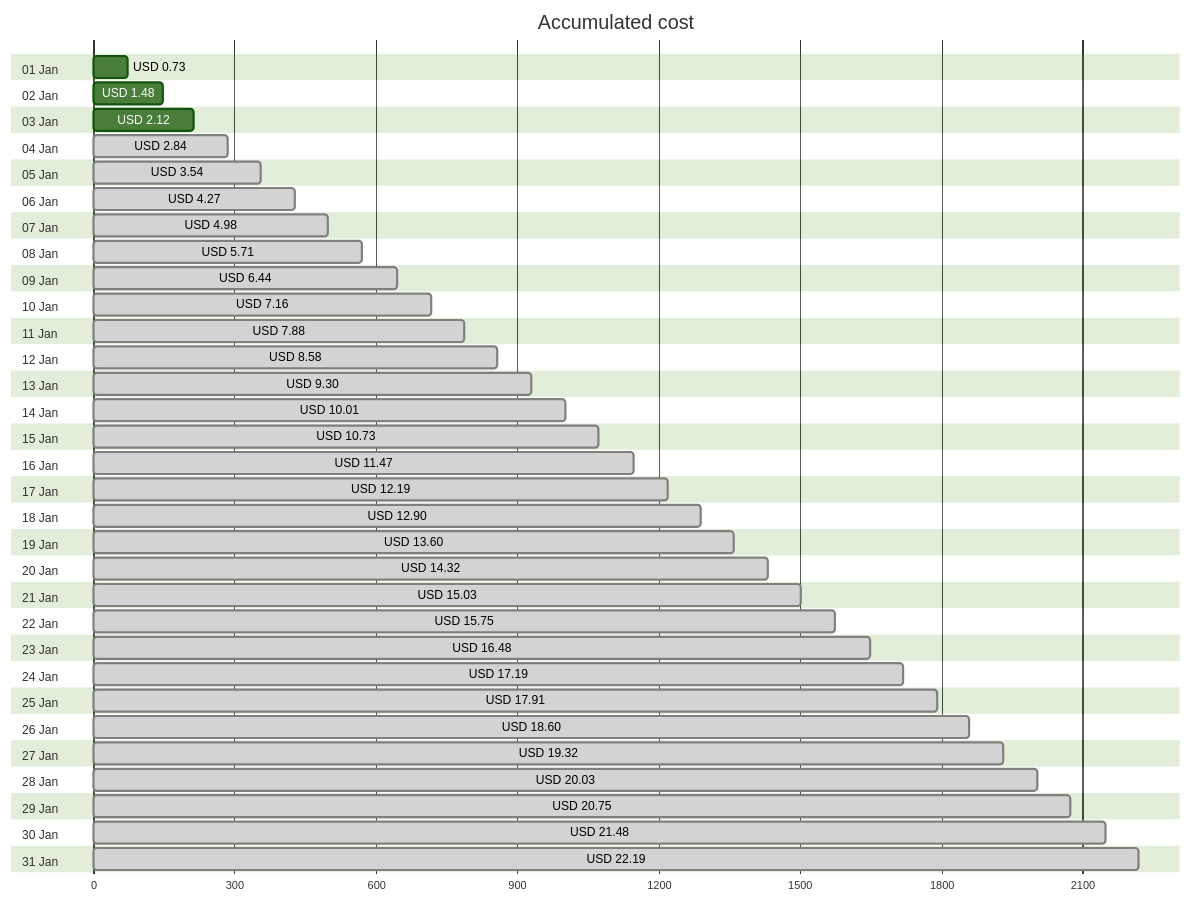
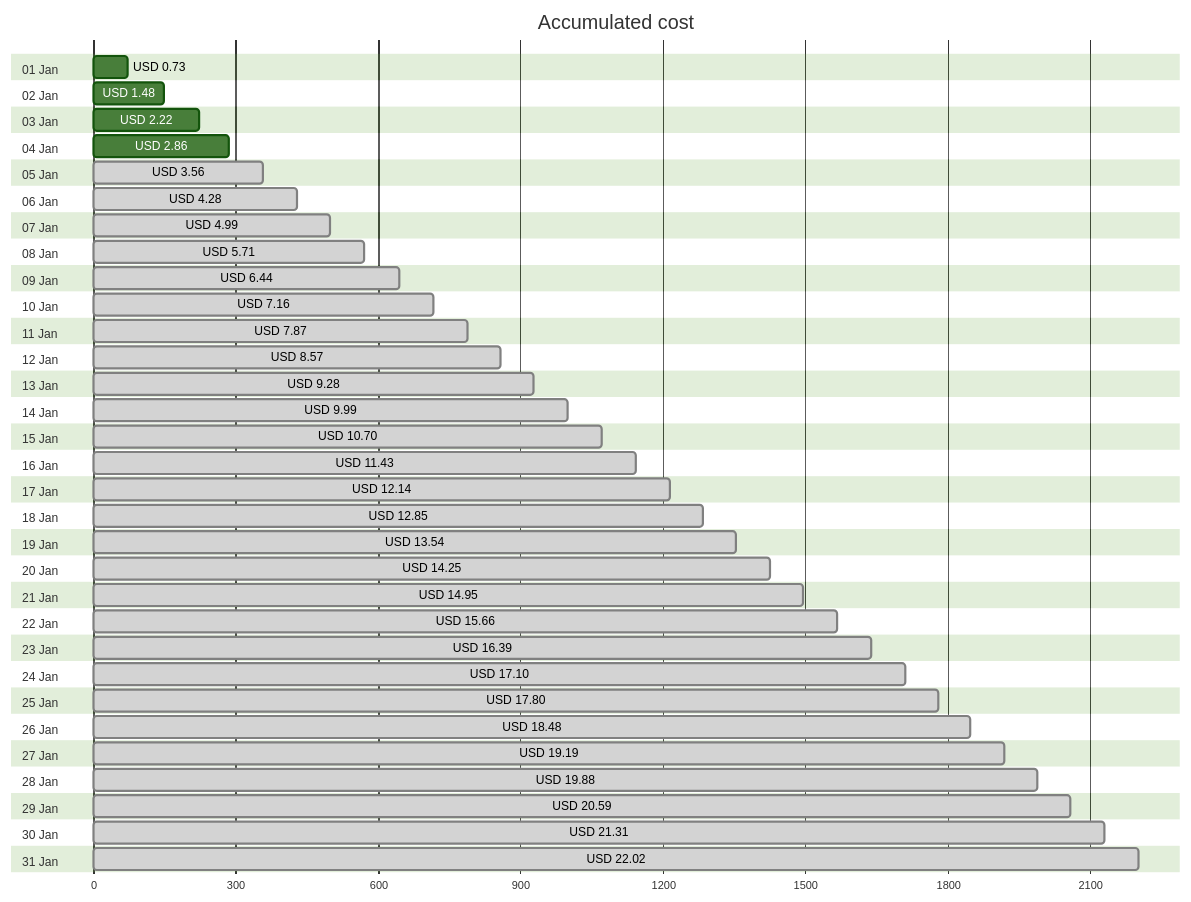
One commit to jpfulton/azure-personal-reports changed the first of 4 diagrams in cost-reports/personal-network/backup-server-data-disk.md. Above: the diagram before and after it, drawn with Mermaid (forest theme). The commit also changed other lines of this file and 8 other files, not shown here.

````diff
--- a/cost-reports/personal-network/backup-server-data-disk.md
+++ b/cost-reports/personal-network/backup-server-data-disk.md
@@ -20,68 +20,68 @@
 ```mermaid
 gantt
    title Accumulated cost
    dateFormat  X
    axisFormat %s
    section 01 Jan
    USD 0.73 :0, 73
    section 02 Jan
    USD 1.48 :0, 148
    section 03 Jan
-   USD 2.12 :0, 212
+   USD 2.22 :0, 222
    section 04 Jan
-   USD 2.84 : done, 0, 284
+   USD 2.86 :0, 286
    section 05 Jan
-   USD 3.54 : done, 0, 354
+   USD 3.56 : done, 0, 356
    section 06 Jan
-   USD 4.27 : done, 0, 427
+   USD 4.28 : done, 0, 428
    section 07 Jan
-   USD 4.98 : done, 0, 498
+   USD 4.99 : done, 0, 499
    section 08 Jan
    USD 5.71 : done, 0, 571
    section 09 Jan
    USD 6.44 : done, 0, 644
    section 10 Jan
    USD 7.16 : done, 0, 716
    section 11 Jan
-   USD 7.88 : done, 0, 788
+   USD 7.87 : done, 0, 787
    section 12 Jan
-   USD 8.58 : done, 0, 858
+   USD 8.57 : done, 0, 857
    section 13 Jan
-   USD 9.30 : done, 0, 930
+   USD 9.28 : done, 0, 928
    section 14 Jan
-   USD 10.01 : done, 0, 1001
+   USD 9.99 : done, 0, 999
    section 15 Jan
-   USD 10.73 : done, 0, 1073
+   USD 10.70 : done, 0, 1070
    section 16 Jan
-   USD 11.47 : done, 0, 1147
+   USD 11.43 : done, 0, 1143
    section 17 Jan
-   USD 12.19 : done, 0, 1219
+   USD 12.14 : done, 0, 1214
    section 18 Jan
-   USD 12.90 : done, 0, 1290
+   USD 12.85 : done, 0, 1285
    section 19 Jan
-   USD 13.60 : done, 0, 1360
+   USD 13.54 : done, 0, 1354
    section 20 Jan
-   USD 14.32 : done, 0, 1432
+   USD 14.25 : done, 0, 1425
    section 21 Jan
-   USD 15.03 : done, 0, 1503
+   USD 14.95 : done, 0, 1495
    section 22 Jan
-   USD 15.75 : done, 0, 1575
+   USD 15.66 : done, 0, 1566
    section 23 Jan
-   USD 16.48 : done, 0, 1648
+   USD 16.39 : done, 0, 1639
    section 24 Jan
-   USD 17.19 : done, 0, 1719
+   USD 17.10 : done, 0, 1710
    section 25 Jan
-   USD 17.91 : done, 0, 1791
+   USD 17.80 : done, 0, 1780
    section 26 Jan
-   USD 18.60 : done, 0, 1860
+   USD 18.48 : done, 0, 1848
    section 27 Jan
-   USD 19.32 : done, 0, 1932
+   USD 19.19 : done, 0, 1919
    section 28 Jan
-   USD 20.03 : done, 0, 2003
+   USD 19.88 : done, 0, 1988
    section 29 Jan
-   USD 20.75 : done, 0, 2075
+   USD 20.59 : done, 0, 2059
    section 30 Jan
-   USD 21.48 : done, 0, 2148
+   USD 21.31 : done, 0, 2131
    section 31 Jan
-   USD 22.19 : done, 0, 2219
+   USD 22.02 : done, 0, 2202
 ```
````
